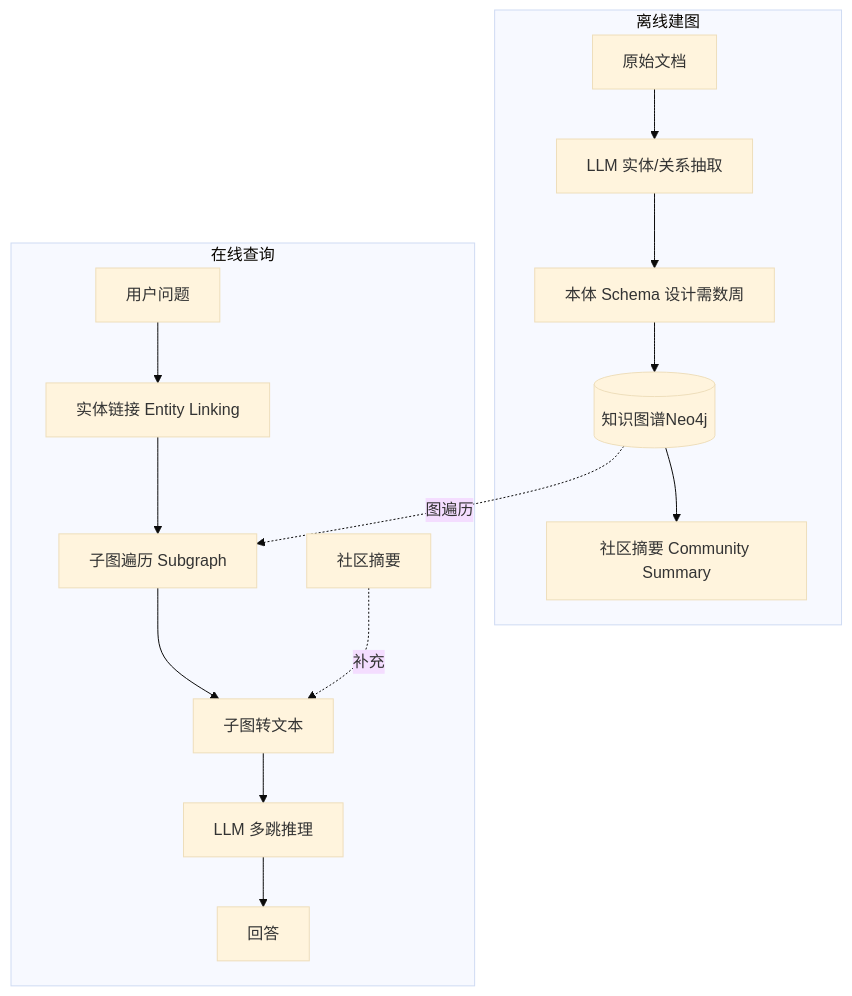
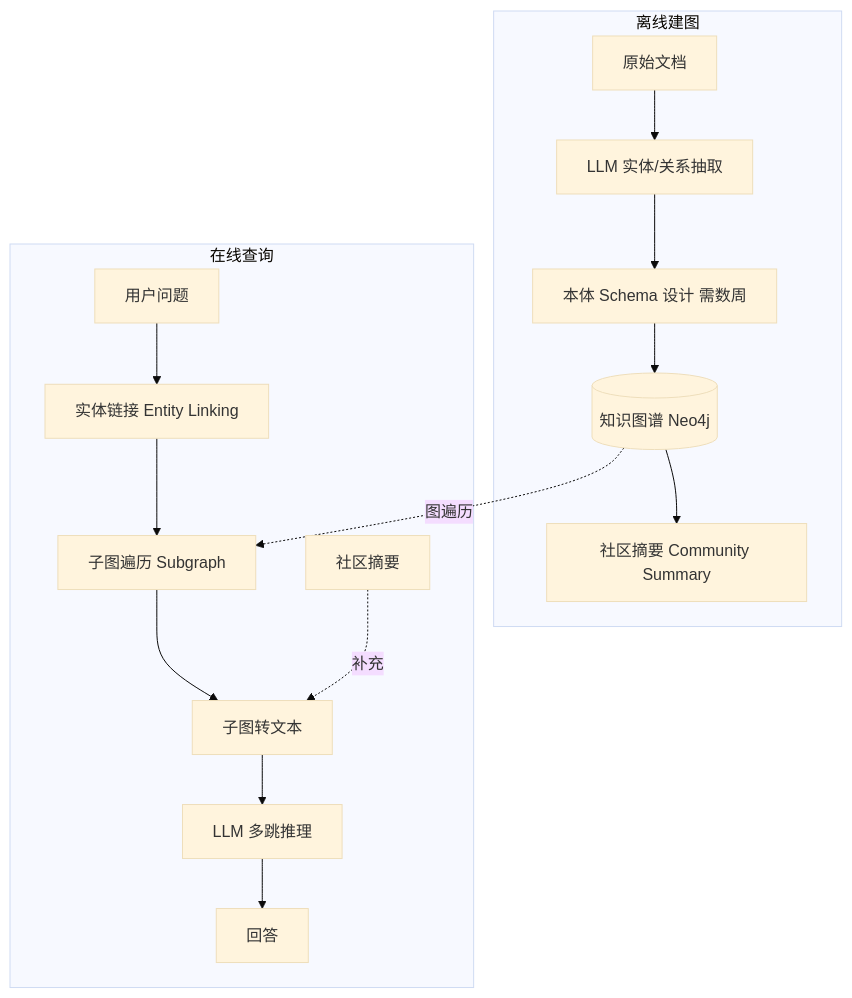
The fourth of 18 diagrams in docs/kb_retrieval_solutions.md (Laughingtt/kb-retrieval-sys), drawn with Mermaid (base theme) before and after one commit. The commit also changed other lines of this file, not shown here.

````diff
--- a/docs/kb_retrieval_solutions.md
+++ b/docs/kb_retrieval_solutions.md
@@ -144,18 +146,18 @@
 ```mermaid
 flowchart TD
-    subgraph 离线建图
+    subgraph S1 [离线建图]
         G1[原始文档] --> G2[LLM 实体/关系抽取]
-        G2 --> G3[本体 Schema 设计需数周]
-        G3 --> G4[(知识图谱Neo4j)]
+        G2 --> G3[本体 Schema 设计 需数周]
+        G3 --> G4[(知识图谱 Neo4j)]
         G4 --> G5[社区摘要 Community Summary]
     end
-    subgraph 在线查询
+    subgraph S2 [在线查询]
         H1[用户问题] --> H2[实体链接 Entity Linking]
         H2 --> H3[子图遍历 Subgraph]
         G4 -.图遍历.-> H3
         H3 --> H4[子图转文本]
         H5[社区摘要] -.补充.-> H4
         H4 --> H6[LLM 多跳推理]
         H6 --> H7[回答]
     end
 ```
````
